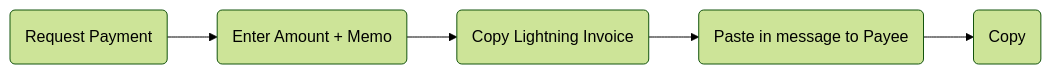
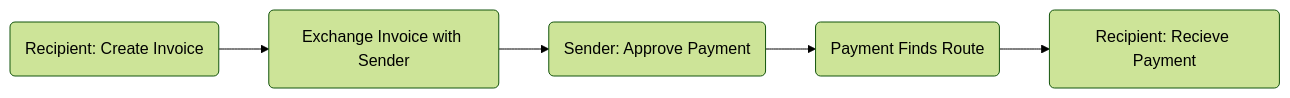
Before and after one commit to peakshift/bitcoin-ux: the first of 2 diagrams in payments/index.md, drawn with Mermaid (forest theme). The commit also changed other lines of this file, not shown here.

````diff
--- a/payments/index.md
+++ b/payments/index.md
@@ -74,4 +68,4 @@
 ```mermaid
 graph LR
-	1(Request Payment) --> 2(Enter Amount + Memo) --> 3(Copy Lightning Invoice) --> 4(Paste in message to Payee) --> 5(Copy)
+	1(Recipient: Create Invoice) --> 2(Exchange Invoice with Sender) --> 3(Sender: Approve Payment) --> 4(Payment Finds Route) --> 5(Recipient: Recieve Payment)
 ```
````
